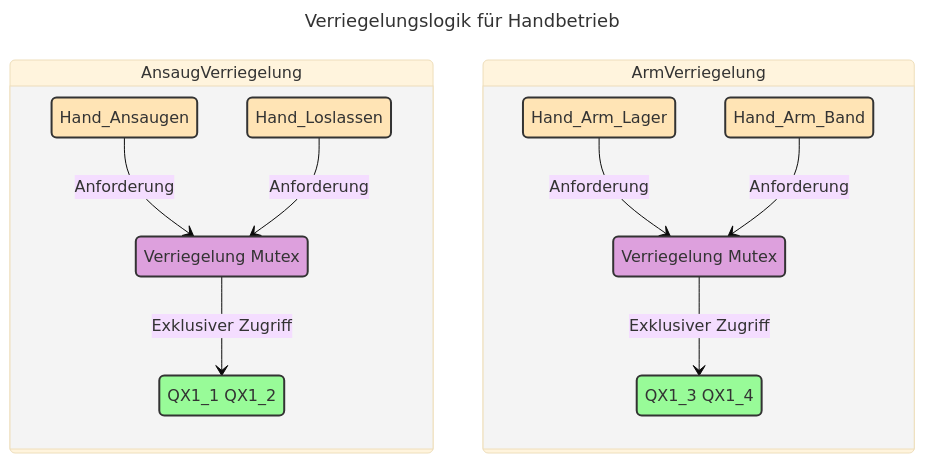
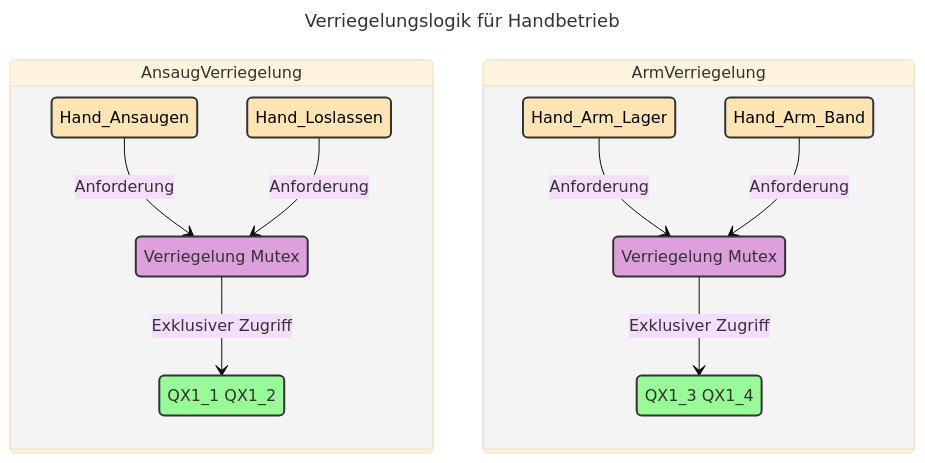
The sixth of 10 diagrams in Petrinetz_Grafiken.md (goldjunge91/ATP_Labor2), drawn with Mermaid (base theme) before and after one commit. The commit also changed other lines of this file, not shown here.

Commit message:
Verbessere Fehlerzustände-Diagramm mit klareren Beschreibungen und entferne überflüssige Zeilen

````diff
--- a/Petrinetz_Grafiken.md
+++ b/Petrinetz_Grafiken.md
@@ -180,37 +180,37 @@
 ```mermaid
 ---
 title: Verriegelungslogik für Handbetrieb
 ---
 stateDiagram-v2
     direction TB
     
-    classDef handState fill:#FFE4B5,stroke:#333,stroke-width:2px
+    classDef handState fill:#FFE4B5,stroke:#333,stroke-width:2px,color:#000000
     classDef lockState fill:#DDA0DD,stroke:#333,stroke-width:2px
     classDef outputState fill:#98FB98,stroke:#333,stroke-width:2px
     
     state AnsaugVerriegelung {
         A1: Hand_Ansaugen
         A2: Hand_Loslassen
         Verr1: Verriegelung Mutex
         QX11: QX1_1 QX1_2
         
         A1 --> Verr1 : Anforderung
         A2 --> Verr1 : Anforderung
         Verr1 --> QX11 : Exklusiver Zugriff
     }
     
     state ArmVerriegelung {
         B1: Hand_Arm_Lager
         B2: Hand_Arm_Band
         Verr2: Verriegelung Mutex
         QX13: QX1_3 QX1_4
         
         B1 --> Verr2 : Anforderung
         B2 --> Verr2 : Anforderung
         Verr2 --> QX13 : Exklusiver Zugriff
     }
     
     class A1,A2,B1,B2 handState
     class Verr1,Verr2 lockState
     class QX11,QX13 outputState
 ```
````
